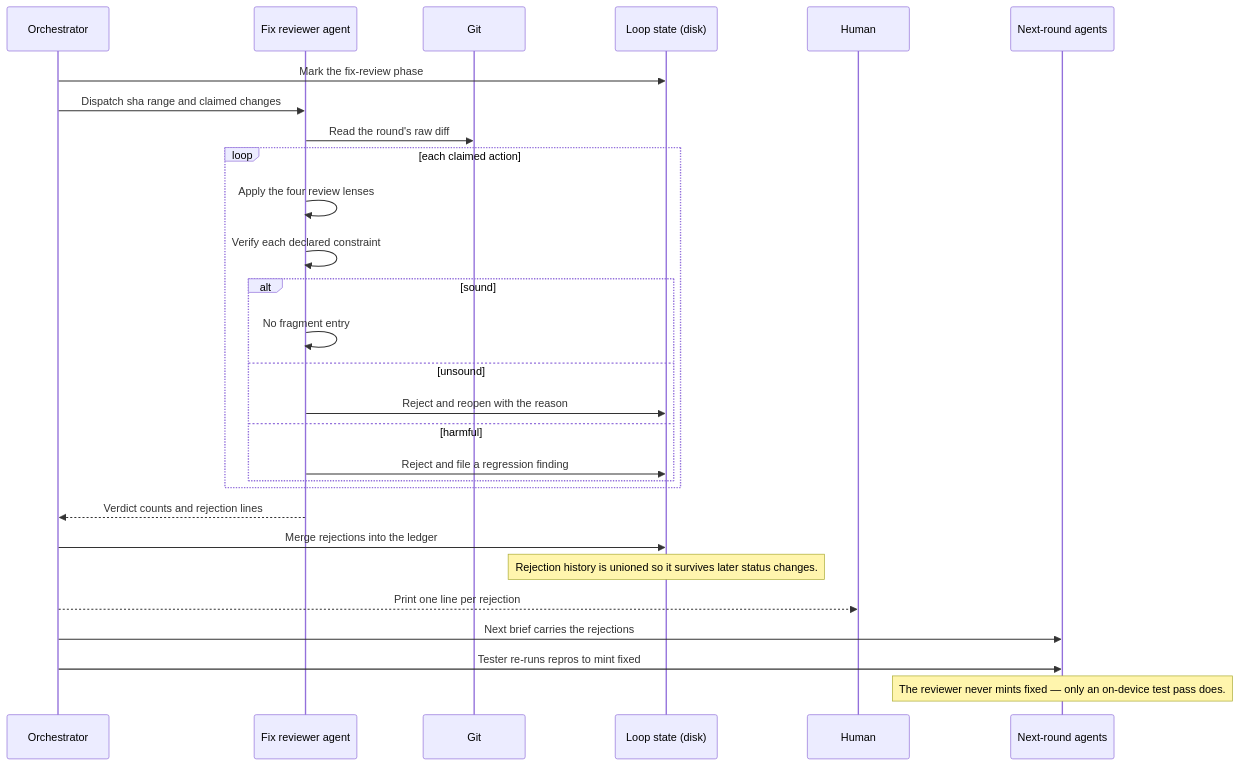
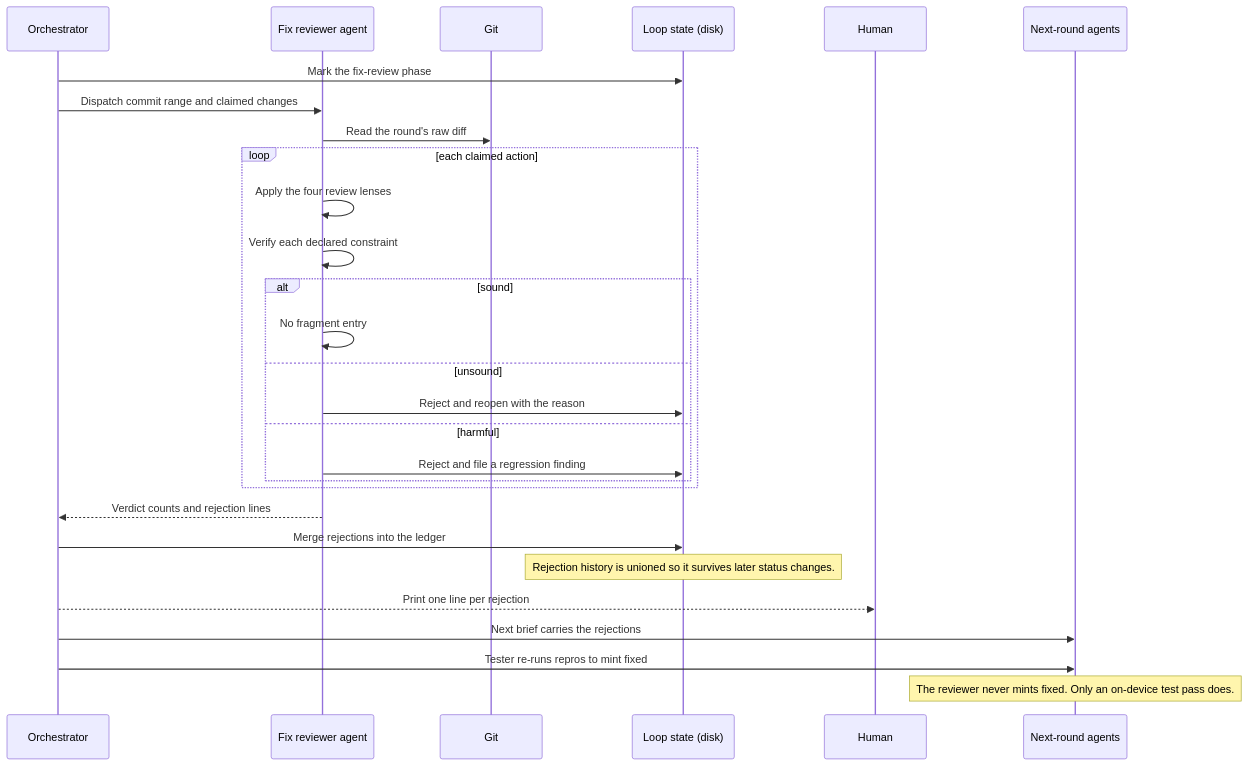
One commit to peterlit/quiller-claude-plugins changed diagram 16 of 33 in docs/architecture/qa-loop-tools.md. Above: the diagram before and after it, drawn with Mermaid. The commit also changed other lines of this file and 5 other files, not shown here.

````diff
--- a/docs/architecture/qa-loop-tools.md
+++ b/docs/architecture/qa-loop-tools.md
@@ -511,30 +754,30 @@
 ```mermaid
 sequenceDiagram
     participant O as Orchestrator
     participant R as Fix reviewer agent
     participant G as Git
     participant L as Loop state (disk)
     participant H as Human
     participant N as Next-round agents
     O->>L: Mark the fix-review phase
-    O->>R: Dispatch sha range and claimed changes
+    O->>R: Dispatch commit range and claimed changes
     R->>G: Read the round's raw diff
     loop each claimed action
         R->>R: Apply the four review lenses
         R->>R: Verify each declared constraint
         alt sound
             R->>R: No fragment entry
         else unsound
             R->>L: Reject and reopen with the reason
         else harmful
             R->>L: Reject and file a regression finding
         end
     end
     R-->>O: Verdict counts and rejection lines
     O->>L: Merge rejections into the ledger
     Note over L: Rejection history is unioned so it survives later status changes.
     O-->>H: Print one line per rejection
     O->>N: Next brief carries the rejections
     O->>N: Tester re-runs repros to mint fixed
-    Note over N: The reviewer never mints fixed — only an on-device test pass does.
+    Note over N: The reviewer never mints fixed. Only an on-device test pass does.
 ```
````
